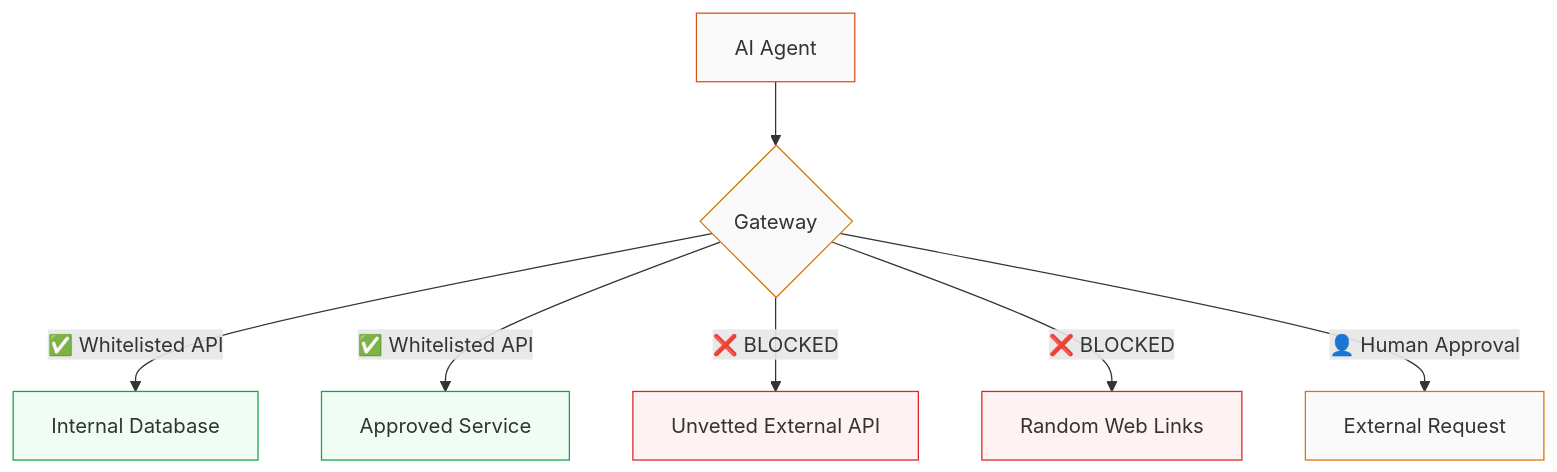
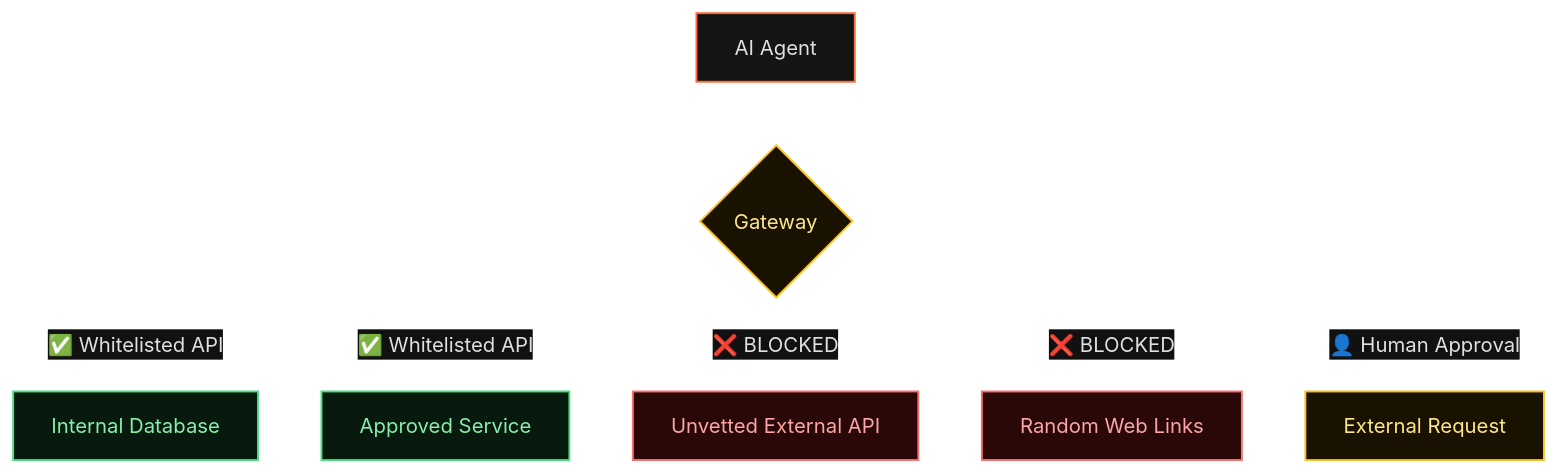
Before and after one commit to dambem/integrity-by-design-presentation: the second of 2 diagrams in slides.md, drawn with Mermaid. The commit also changed other lines of this file and 9 other files, not shown here.

````diff
--- a/slides.md
+++ b/slides.md
@@ -896,17 +1014,18 @@
 ```mermaid {scale: 0.7}
+%%{init: {'theme': 'base', 'themeVariables': {'background': '#0a0a0a', 'primaryColor': '#141414', 'primaryTextColor': '#e0e0e0', 'primaryBorderColor': 'rgba(255,255,255,0.15)', 'lineColor': 'rgba(255,255,255,0.35)', 'edgeLabelBackground': '#111111', 'tertiaryColor': '#1a1a1a'}}}%%
 graph TB
     AI[AI Agent] --> G{Gateway}
     G -->|✅ Whitelisted API| V[Internal Database]
     G -->|✅ Whitelisted API| W[Approved Service]
     G -->|❌ BLOCKED| X[Unvetted External API]
     G -->|❌ BLOCKED| Y[Random Web Links]
     G -->|👤 Human Approval| Z[External Request]
 
-    style AI fill:#fafafa,stroke:#d65321
-    style G fill:#fafafa,stroke:#d97706
-    style V fill:#f0fdf4,stroke:#16a34a
-    style W fill:#f0fdf4,stroke:#16a34a
-    style X fill:#fef2f2,stroke:#dc2626
-    style Y fill:#fef2f2,stroke:#dc2626
-    style Z fill:#fafafa,stroke:#d97706
+    style AI fill:#141414,stroke:#ff6b35,stroke-width:1.5px,color:#e0e0e0
+    style G fill:#1a1200,stroke:#fbbf24,stroke-width:1.5px,color:#fde68a
+    style V fill:#081a0e,stroke:#4ade80,stroke-width:1.5px,color:#86efac
+    style W fill:#081a0e,stroke:#4ade80,stroke-width:1.5px,color:#86efac
+    style X fill:#2a0808,stroke:#f87171,stroke-width:1.5px,color:#fca5a5
+    style Y fill:#2a0808,stroke:#f87171,stroke-width:1.5px,color:#fca5a5
+    style Z fill:#1a1200,stroke:#fbbf24,stroke-width:1.5px,color:#fde68a
 ```
````
